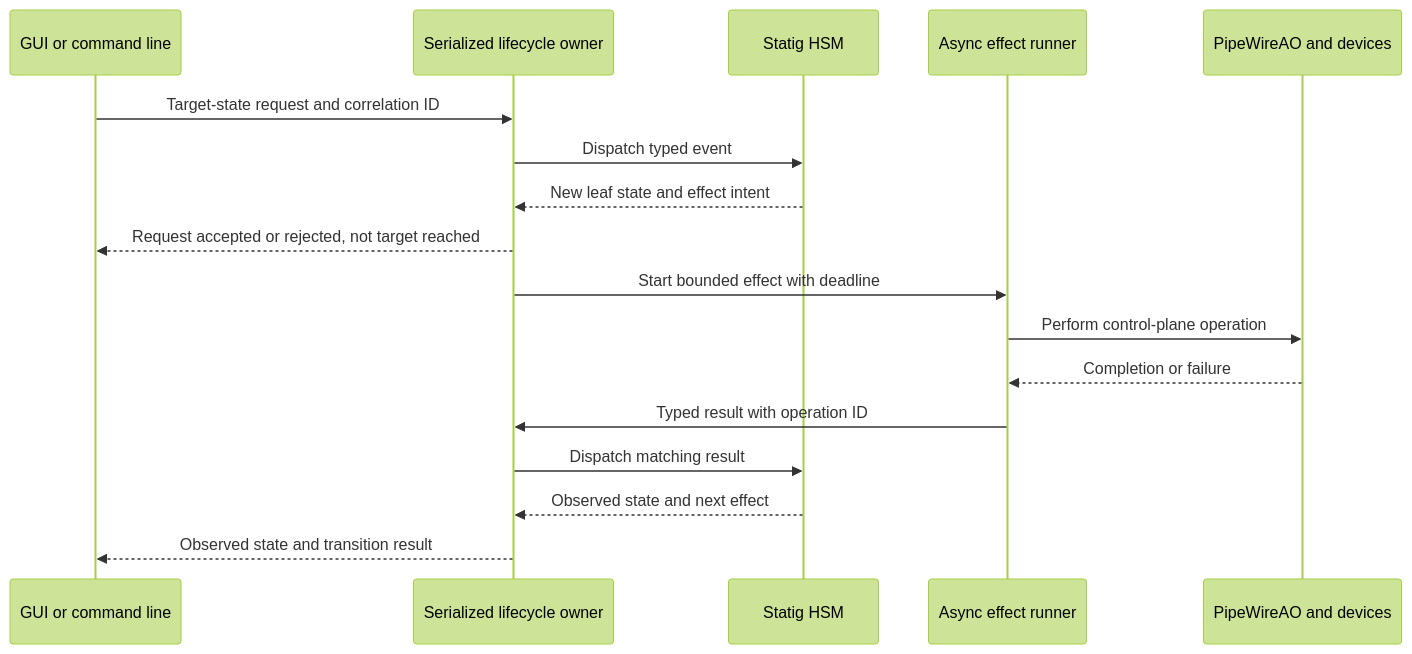
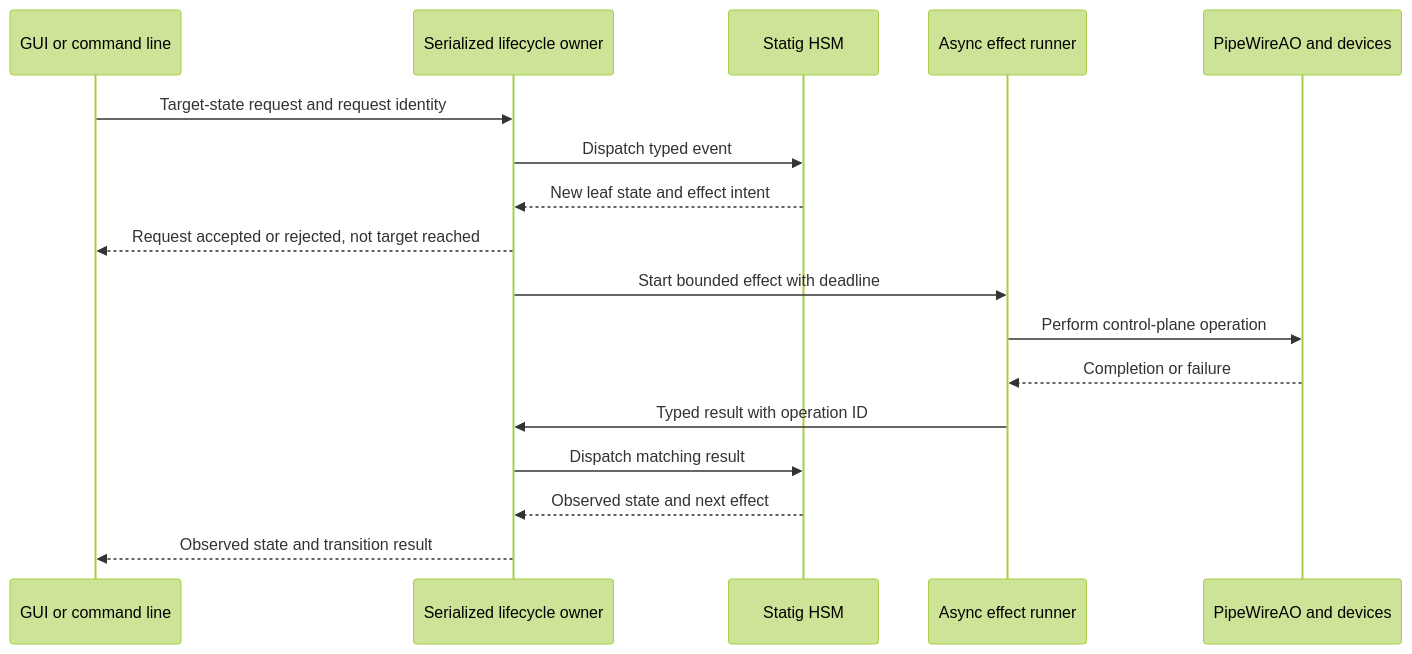
The third of 9 diagrams in docs/operations.md (DarrylGamroth/pipewireao-rtc), drawn with Mermaid (forest theme) before and after one commit. The commit also changed other lines of this file and 8 other files, not shown here.

Commit message:
docs: define incremental RTC architecture

````diff
--- a/docs/operations.md
+++ b/docs/operations.md
@@ -136,20 +978,20 @@
 ```mermaid
 sequenceDiagram
     participant Client as GUI or command line
     participant Owner as Serialized lifecycle owner
     participant HSM as Statig HSM
     participant Effects as Async effect runner
     participant System as PipeWireAO and devices
 
-    Client->>Owner: Target-state request and correlation ID
+    Client->>Owner: Target-state request and request identity
     Owner->>HSM: Dispatch typed event
     HSM-->>Owner: New leaf state and effect intent
     Owner-->>Client: Request accepted or rejected, not target reached
     Owner->>Effects: Start bounded effect with deadline
     Effects->>System: Perform control-plane operation
     System-->>Effects: Completion or failure
     Effects->>Owner: Typed result with operation ID
     Owner->>HSM: Dispatch matching result
     HSM-->>Owner: Observed state and next effect
     Owner-->>Client: Observed state and transition result
 ```
````
